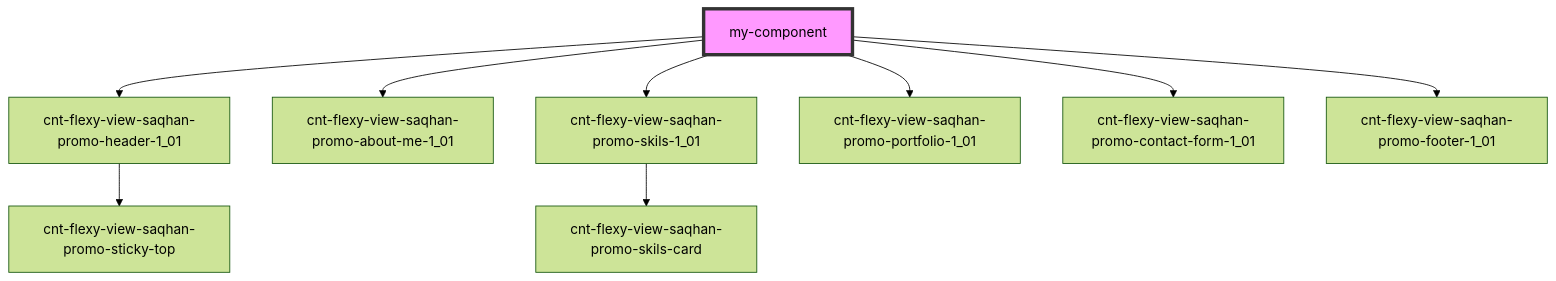
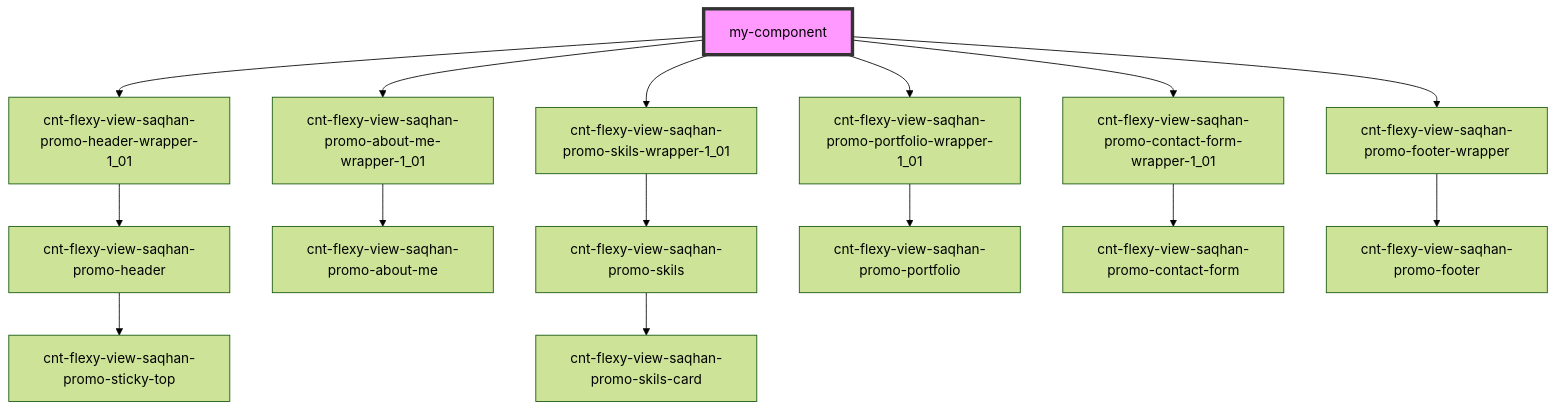
One commit to saqhan/s-promo changed the diagram in src/components/my-component/readme.md. Above: the diagram before and after it, drawn with Mermaid (forest theme). The commit also changed other lines of this file and 167 other files, not shown here.

````diff
--- a/src/components/my-component/readme.md
+++ b/src/components/my-component/readme.md
@@ -20,12 +20,18 @@
 ```mermaid
 graph TD;
-  my-component --> cnt-flexy-view-saqhan-promo-header-1_01
-  my-component --> cnt-flexy-view-saqhan-promo-about-me-1_01
-  my-component --> cnt-flexy-view-saqhan-promo-skils-1_01
-  my-component --> cnt-flexy-view-saqhan-promo-portfolio-1_01
-  my-component --> cnt-flexy-view-saqhan-promo-contact-form-1_01
-  my-component --> cnt-flexy-view-saqhan-promo-footer-1_01
-  cnt-flexy-view-saqhan-promo-header-1_01 --> cnt-flexy-view-saqhan-promo-sticky-top
-  cnt-flexy-view-saqhan-promo-skils-1_01 --> cnt-flexy-view-saqhan-promo-skils-card
+  my-component --> cnt-flexy-view-saqhan-promo-header-wrapper-1_01
+  my-component --> cnt-flexy-view-saqhan-promo-about-me-wrapper-1_01
+  my-component --> cnt-flexy-view-saqhan-promo-skils-wrapper-1_01
+  my-component --> cnt-flexy-view-saqhan-promo-portfolio-wrapper-1_01
+  my-component --> cnt-flexy-view-saqhan-promo-contact-form-wrapper-1_01
+  my-component --> cnt-flexy-view-saqhan-promo-footer-wrapper
+  cnt-flexy-view-saqhan-promo-header-wrapper-1_01 --> cnt-flexy-view-saqhan-promo-header
+  cnt-flexy-view-saqhan-promo-header --> cnt-flexy-view-saqhan-promo-sticky-top
+  cnt-flexy-view-saqhan-promo-about-me-wrapper-1_01 --> cnt-flexy-view-saqhan-promo-about-me
+  cnt-flexy-view-saqhan-promo-skils-wrapper-1_01 --> cnt-flexy-view-saqhan-promo-skils
+  cnt-flexy-view-saqhan-promo-skils --> cnt-flexy-view-saqhan-promo-skils-card
+  cnt-flexy-view-saqhan-promo-portfolio-wrapper-1_01 --> cnt-flexy-view-saqhan-promo-portfolio
+  cnt-flexy-view-saqhan-promo-contact-form-wrapper-1_01 --> cnt-flexy-view-saqhan-promo-contact-form
+  cnt-flexy-view-saqhan-promo-footer-wrapper --> cnt-flexy-view-saqhan-promo-footer
   style my-component fill:#f9f,stroke:#333,stroke-width:4px
 ```
````
